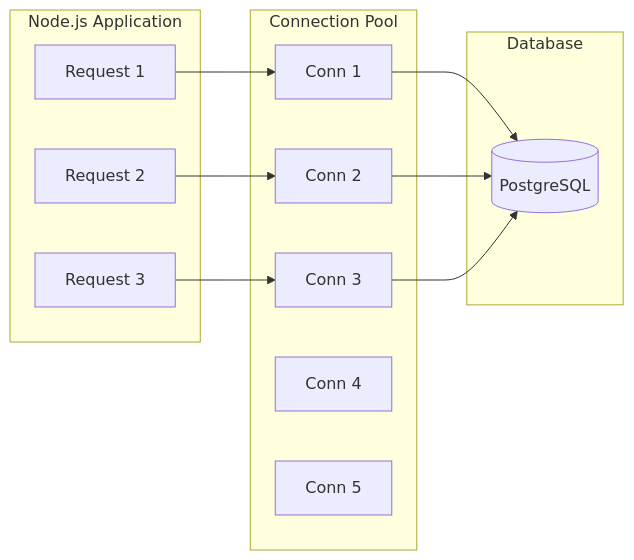
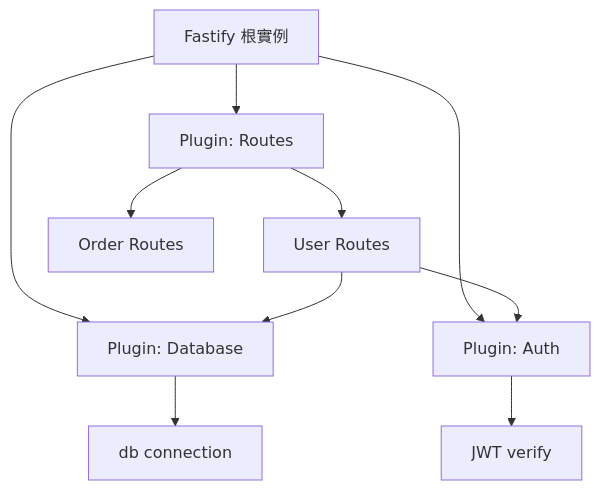
Diagram 14 of 30 in content/posts/教學/framework/Node.js生態系教學手冊.md (chihhung/Blog), drawn with Mermaid before and after one commit. The commit also changed other lines of this file, not shown here.

Commit message:
更新 Node.js 生態系教學手冊

````diff
--- a/content/posts/教學/framework/Node.js生態系教學手冊.md
+++ b/content/posts/教學/framework/Node.js生態系教學手冊.md
@@ -2515,27 +4191,14 @@
 ```mermaid
-graph LR
-    subgraph "Node.js Application"
-        A[Request 1]
-        B[Request 2]
-        C[Request 3]
-    end
+graph TD
+    A[Fastify 根實例] --> B[Plugin: Database]
+    A --> C[Plugin: Auth]
+    A --> D[Plugin: Routes]
     
-    subgraph "Connection Pool"
-        D[Conn 1]
-        E[Conn 2]
-        F[Conn 3]
-        G[Conn 4]
-        H[Conn 5]
-    end
+    B --> B1[db connection]
+    C --> C1[JWT verify]
+    D --> D1[User Routes]
+    D --> D2[Order Routes]
     
-    subgraph "Database"
-        I[(PostgreSQL)]
-    end
-    
-    A --> D
-    B --> E
-    C --> F
-    D --> I
-    E --> I
-    F --> I
+    D1 --> B
+    D1 --> C
 ```
````
